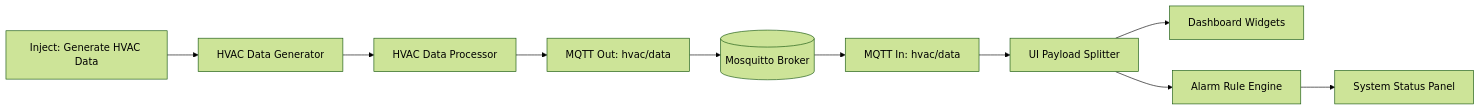
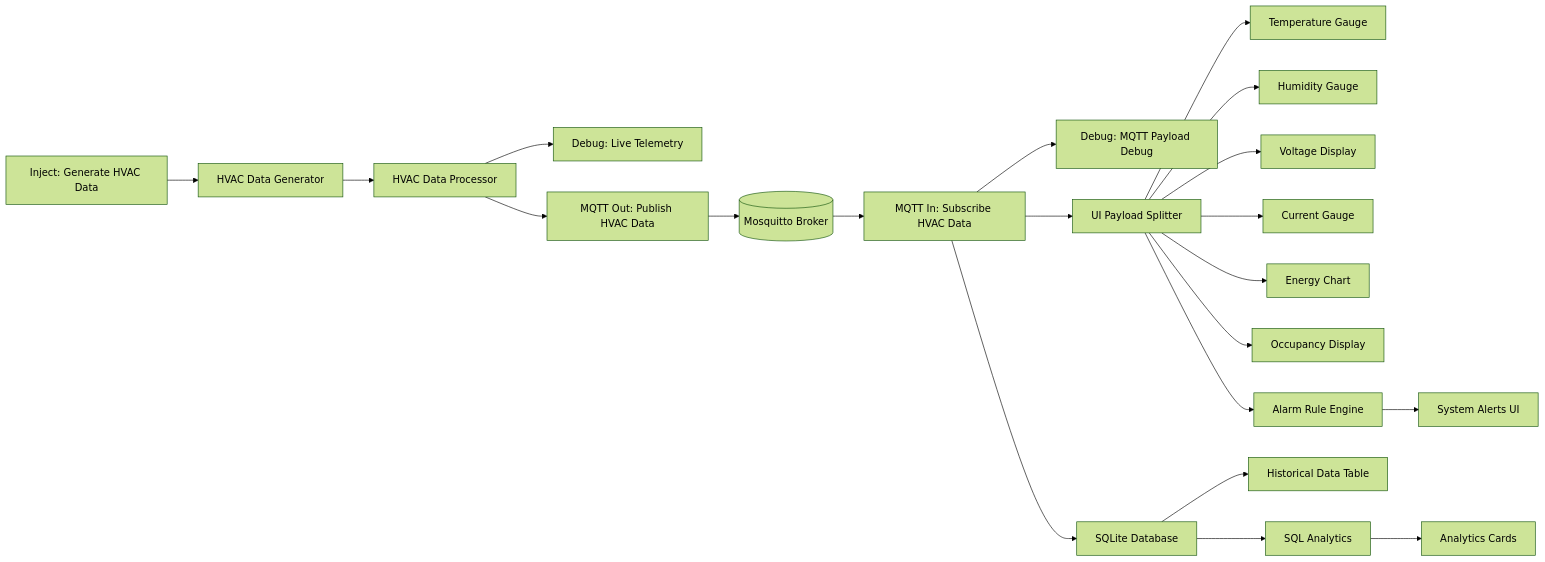
The diagram in README.md (jaswanthmajeti/upskillcampus), drawn with Mermaid (forest theme) before and after one commit. The commit also changed other lines of this file and 1 other file, not shown here.

````diff
--- a/README.md
+++ b/README.md
@@ -42,12 +44,33 @@
 ```mermaid
 flowchart LR
     A[Inject: Generate HVAC Data] --> B[HVAC Data Generator]
     B --> C[HVAC Data Processor]
-    C --> D[MQTT Out: hvac/data]
-    D --> E[(Mosquitto Broker)]
-    E --> F[MQTT In: hvac/data]
-    F --> G[UI Payload Splitter]
-    G --> H[Dashboard Widgets]
-    G --> I[Alarm Rule Engine]
-    I --> J[System Status Panel]
+
+    C --> D[Debug: Live Telemetry]
+
+    C --> E[MQTT Out: Publish HVAC Data]
+    E --> F[(Mosquitto Broker)]
+    F --> G[MQTT In: Subscribe HVAC Data]
+
+    G --> H[Debug: MQTT Payload Debug]
+
+    G --> I[UI Payload Splitter]
+
+    I --> J[Temperature Gauge]
+    I --> K[Humidity Gauge]
+    I --> L[Voltage Display]
+    I --> M[Current Gauge]
+    I --> N[Energy Chart]
+    I --> O[Occupancy Display]
+
+    G --> R[SQLite Database]
+
+    R --> S[Historical Data Table]
+
+    R --> T[SQL Analytics]
+
+    T --> U[Analytics Cards]
+
+    I --> P[Alarm Rule Engine]
+    P --> Q[System Alerts UI]
 ```
````
